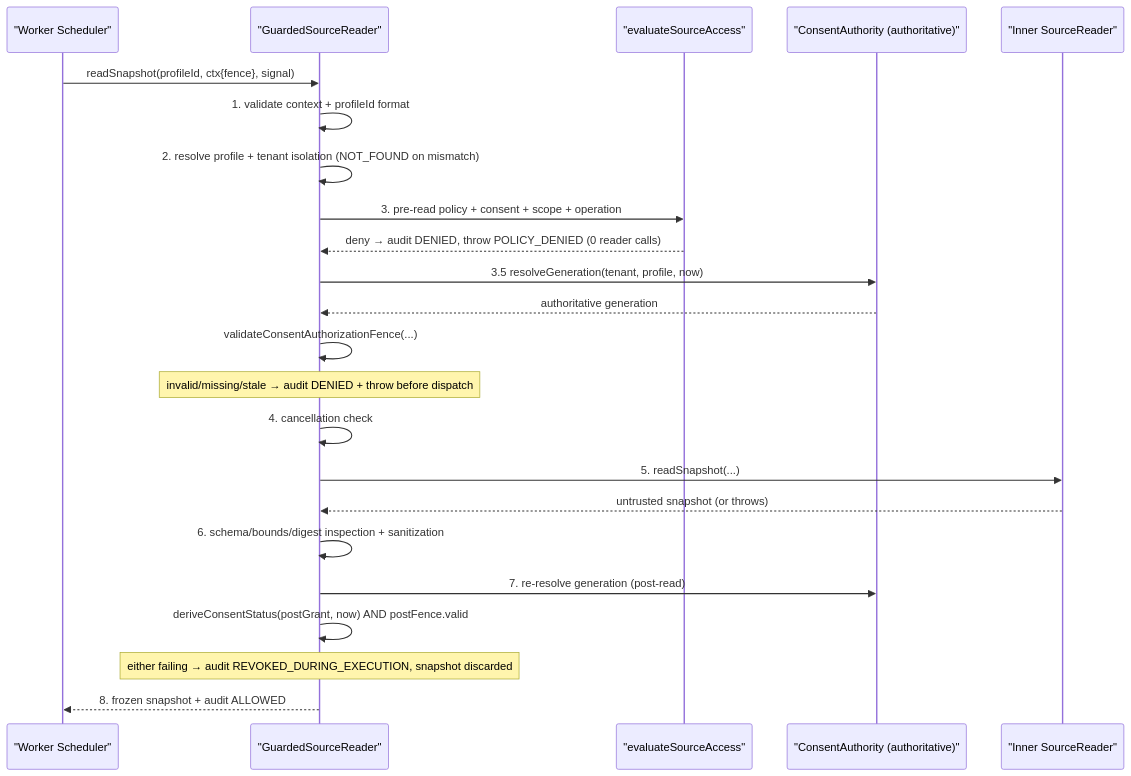
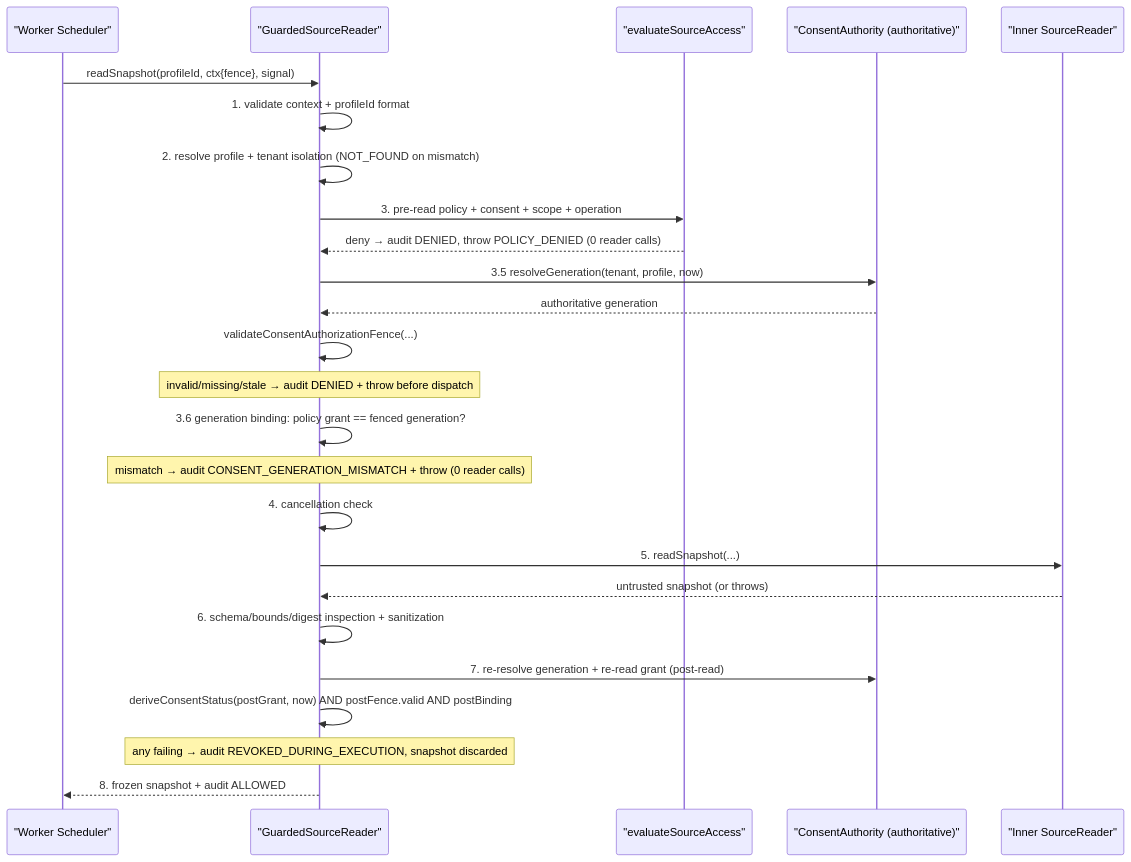
The second of 2 diagrams in docs/P0C3-C-CONSENT-CONTRACT.md (basicv8vc/Ember), drawn with Mermaid before and after one commit. The commit also changed other lines of this file and 7 other files, not shown here.

````diff
--- a/docs/P0C3-C-CONSENT-CONTRACT.md
+++ b/docs/P0C3-C-CONSENT-CONTRACT.md
@@ -269,26 +319,28 @@
 ```mermaid
 sequenceDiagram
     participant S as "Worker Scheduler"
     participant G as "GuardedSourceReader"
     participant P as "evaluateSourceAccess"
     participant A as "ConsentAuthority (authoritative)"
     participant R as "Inner SourceReader"
 
     S->>G: readSnapshot(profileId, ctx{fence}, signal)
     G->>G: 1. validate context + profileId format
     G->>G: 2. resolve profile + tenant isolation (NOT_FOUND on mismatch)
     G->>P: 3. pre-read policy + consent + scope + operation
     P-->>G: deny → audit DENIED, throw POLICY_DENIED (0 reader calls)
     G->>A: 3.5 resolveGeneration(tenant, profile, now)
     A-->>G: authoritative generation
     G->>G: validateConsentAuthorizationFence(...)
     Note over G: invalid/missing/stale → audit DENIED + throw before dispatch
+    G->>G: 3.6 generation binding: policy grant == fenced generation?
+    Note over G: mismatch → audit CONSENT_GENERATION_MISMATCH + throw (0 reader calls)
     G->>G: 4. cancellation check
     G->>R: 5. readSnapshot(...)
     R-->>G: untrusted snapshot (or throws)
     G->>G: 6. schema/bounds/digest inspection + sanitization
-    G->>A: 7. re-resolve generation (post-read)
-    G->>G: deriveConsentStatus(postGrant, now) AND postFence.valid
-    Note over G: either failing → audit REVOKED_DURING_EXECUTION, snapshot discarded
+    G->>A: 7. re-resolve generation + re-read grant (post-read)
+    G->>G: deriveConsentStatus(postGrant, now) AND postFence.valid AND postBinding
+    Note over G: any failing → audit REVOKED_DURING_EXECUTION, snapshot discarded
     G-->>S: 8. frozen snapshot + audit ALLOWED
 ```
````
